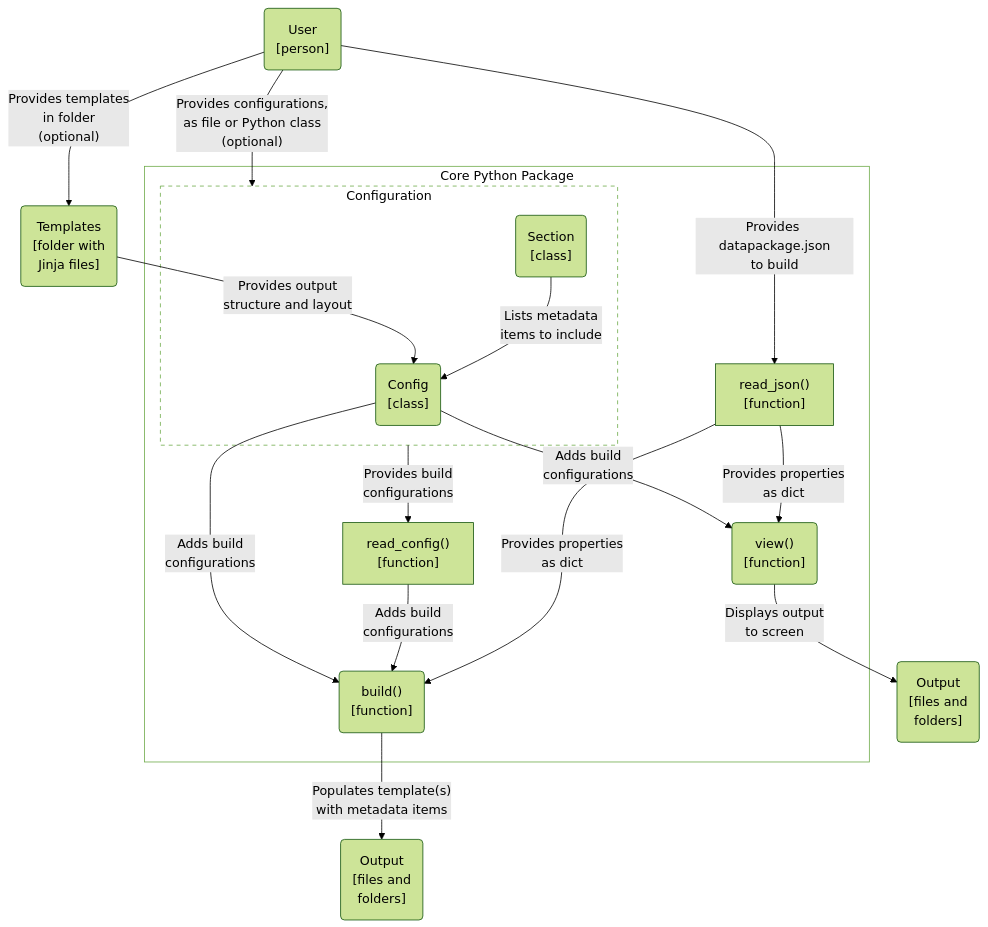
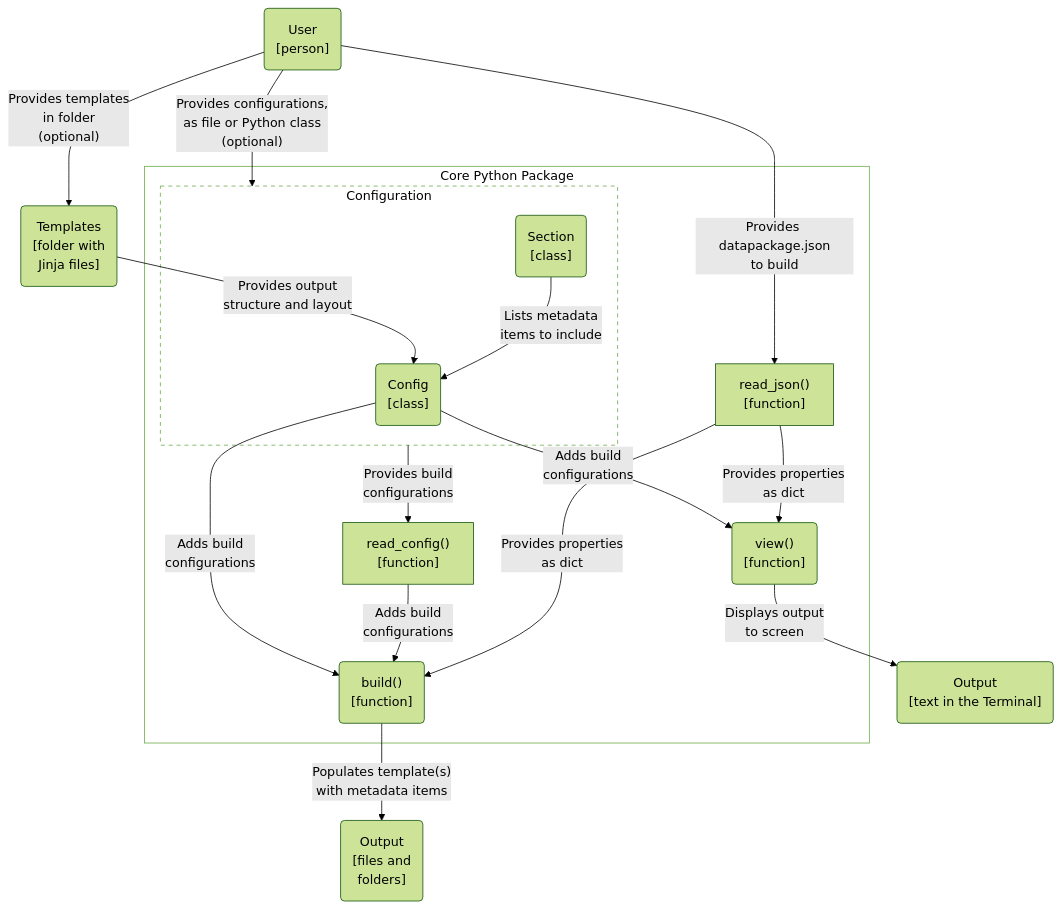
The third of 3 diagrams in docs/design/architecture.qmd (seedcase-project/seedcase-flower), drawn with Mermaid (forest theme) before and after one commit.

Commit message:
docs: :pencil2: correct text in diagram

````diff
--- a/docs/design/architecture.qmd
+++ b/docs/design/architecture.qmd
@@ -235,41 +235,41 @@
 ```{mermaid}
 %%| label: fig-c4-component
 %%| fig-cap: "C4 component diagram showing the parts of the Python package and their connections."
 flowchart
 
     subgraph python_package["Core Python Package"]
 
         subgraph config_file["Configuration"]
             config("Config<br>[class]")
             section("Section<br>[class]")
         end
 
         read_config["read_config()<br>[function]"]
         read_json["read_json()<br>[function]"]
         build("build()<br>[function]")
         view("view()<br>[function]")
 
         section --"Lists metadata<br>items to include"--> config
         config_file -- "Provides build<br>configurations" --> read_config
 
         read_json --"Provides properties<br>as dict"--> build & view
         read_config -- "Adds build<br>configurations" --> build
         config --"Adds build<br>configurations"--> build & view
     end
 
     templates("Templates<br>[folder with<br>Jinja files]")
     user("User<br>[person]")
     output_files("Output<br>[files and<br>folders]")
-    output_screen("Output<br>[files and<br>folders]")
+    output_screen("Output<br>[text in the Terminal]")
 
     templates --"Provides output<br>structure and layout"--> config
     user --"Provides datapackage.json<br>to build"--> read_json
     user --"Provides configurations,<br>as file or Python class<br>(optional)"--> config_file
     user --"Provides templates<br>in folder<br>(optional)"--> templates
     build --"Populates template(s)<br>with metadata items"--> output_files
     view --"Displays output<br>to screen"--> output_screen
 
     %% Styling
     style python_package fill:#FFFFFF, color:#000000
     style config_file fill:#FFFFFF, color:#000000, stroke-dasharray: 5 5
 ```
````
